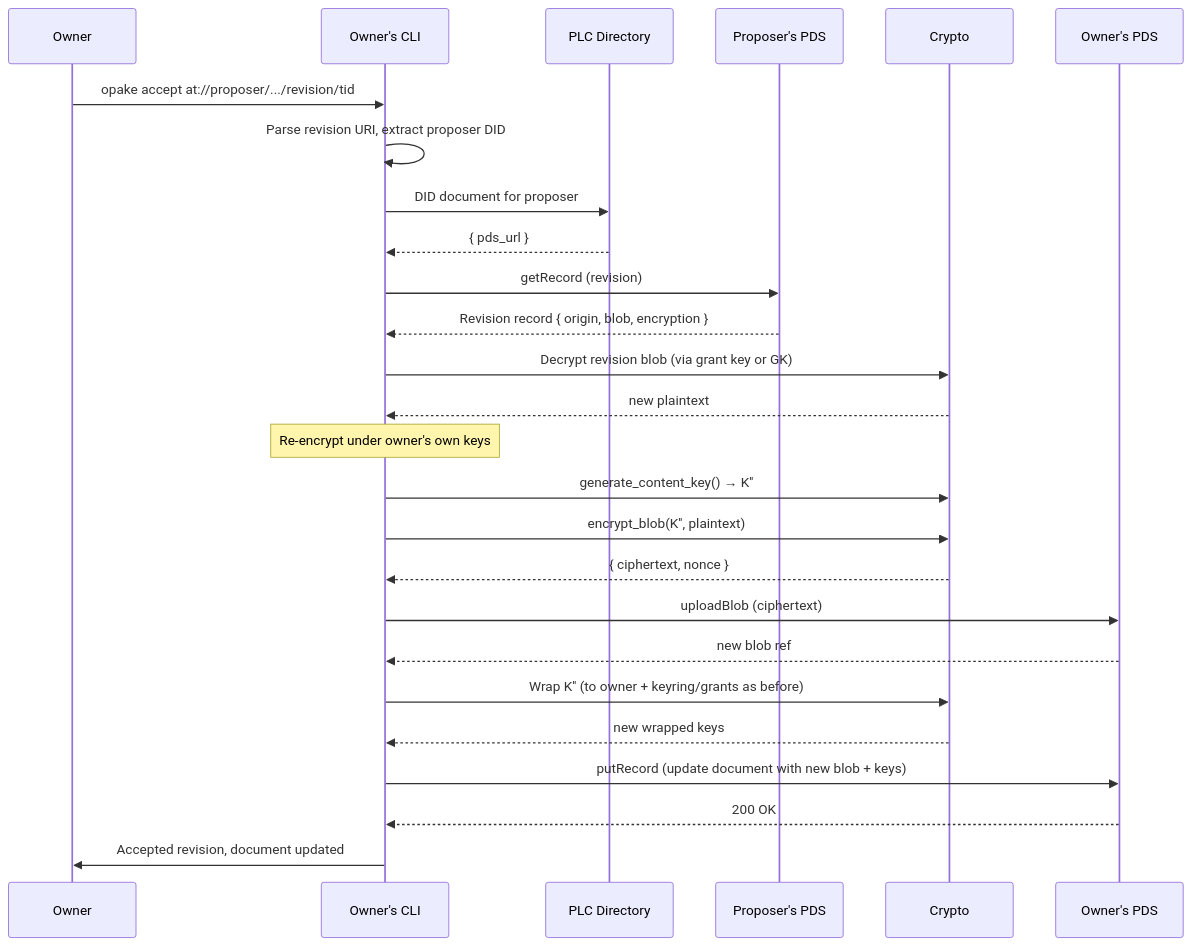
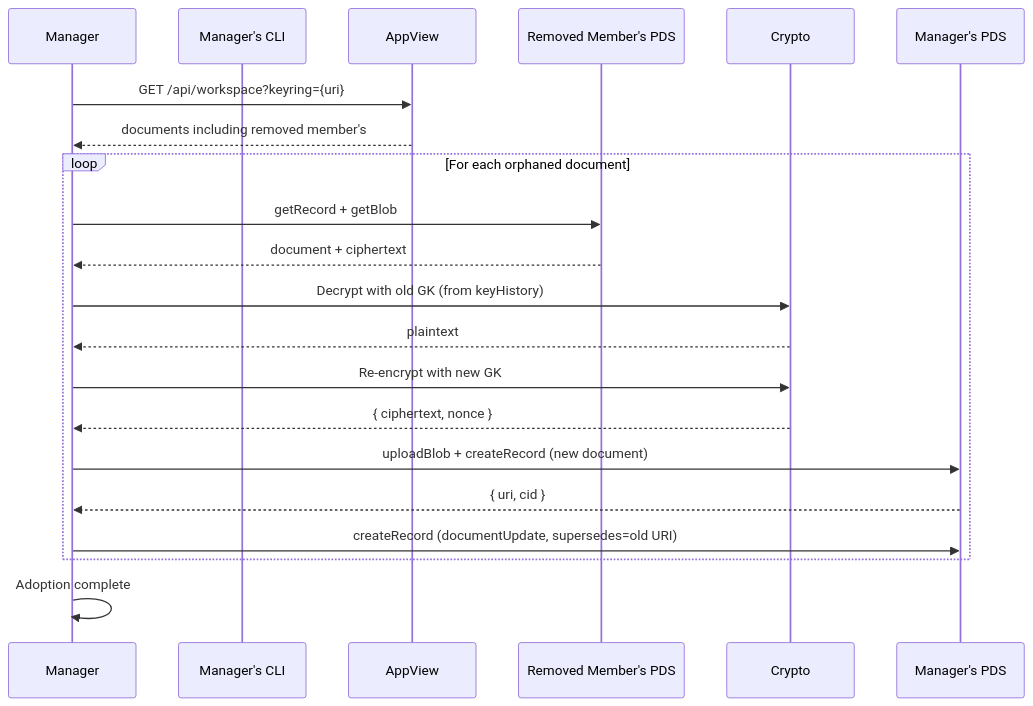
Before and after one commit to Sans-Self/Opake: the third of 4 diagrams in docs/flows/revisions.md, drawn with Mermaid. The commit also changed other lines of this file and 363 other files, not shown here.

First line of the commit message:
Workspace rework: proposals, daemon, cache layer, member management

````diff
--- a/docs/flows/revisions.md
+++ b/docs/flows/revisions.md
@@ -79,37 +90,30 @@
 ```mermaid
 sequenceDiagram
-    participant Owner
-    participant CLI as Owner's CLI
-    participant PLC as PLC Directory
-    participant ProposerPDS as Proposer's PDS
+    participant Manager
+    participant CLI as Manager's CLI
+    participant AppView
+    participant RemovedPDS as Removed Member's PDS
     participant Crypto
-    participant OwnerPDS as Owner's PDS
+    participant ManagerPDS as Manager's PDS
 
-    Owner->>CLI: opake accept at://proposer/.../revision/tid
+    Manager->>AppView: GET /api/workspace?keyring={uri}
+    AppView-->>Manager: documents including removed member's
 
-    CLI->>CLI: Parse revision URI, extract proposer DID
-    CLI->>PLC: DID document for proposer
-    PLC-->>CLI: { pds_url }
+    loop For each orphaned document
+        Manager->>RemovedPDS: getRecord + getBlob
+        RemovedPDS-->>Manager: document + ciphertext
 
-    CLI->>ProposerPDS: getRecord (revision)
-    ProposerPDS-->>CLI: Revision record { origin, blob, encryption }
+        Manager->>Crypto: Decrypt with old GK (from keyHistory)
+        Crypto-->>Manager: plaintext
 
-    CLI->>Crypto: Decrypt revision blob (via grant key or GK)
-    Crypto-->>CLI: new plaintext
+        Manager->>Crypto: Re-encrypt with new GK
+        Crypto-->>Manager: { ciphertext, nonce }
 
-    Note over CLI: Re-encrypt under owner's own keys
-    CLI->>Crypto: generate_content_key() → K''
-    CLI->>Crypto: encrypt_blob(K'', plaintext)
-    Crypto-->>CLI: { ciphertext, nonce }
+        Manager->>ManagerPDS: uploadBlob + createRecord (new document)
+        ManagerPDS-->>Manager: { uri, cid }
 
-    CLI->>OwnerPDS: uploadBlob (ciphertext)
-    OwnerPDS-->>CLI: new blob ref
+        Manager->>ManagerPDS: createRecord (documentUpdate, supersedes=old URI)
+    end
 
-    CLI->>Crypto: Wrap K'' (to owner + keyring/grants as before)
-    Crypto-->>CLI: new wrapped keys
-
-    CLI->>OwnerPDS: putRecord (update document with new blob + keys)
-    OwnerPDS-->>CLI: 200 OK
-
-    CLI->>Owner: Accepted revision, document updated
+    Manager->>Manager: Adoption complete
 ```
````
